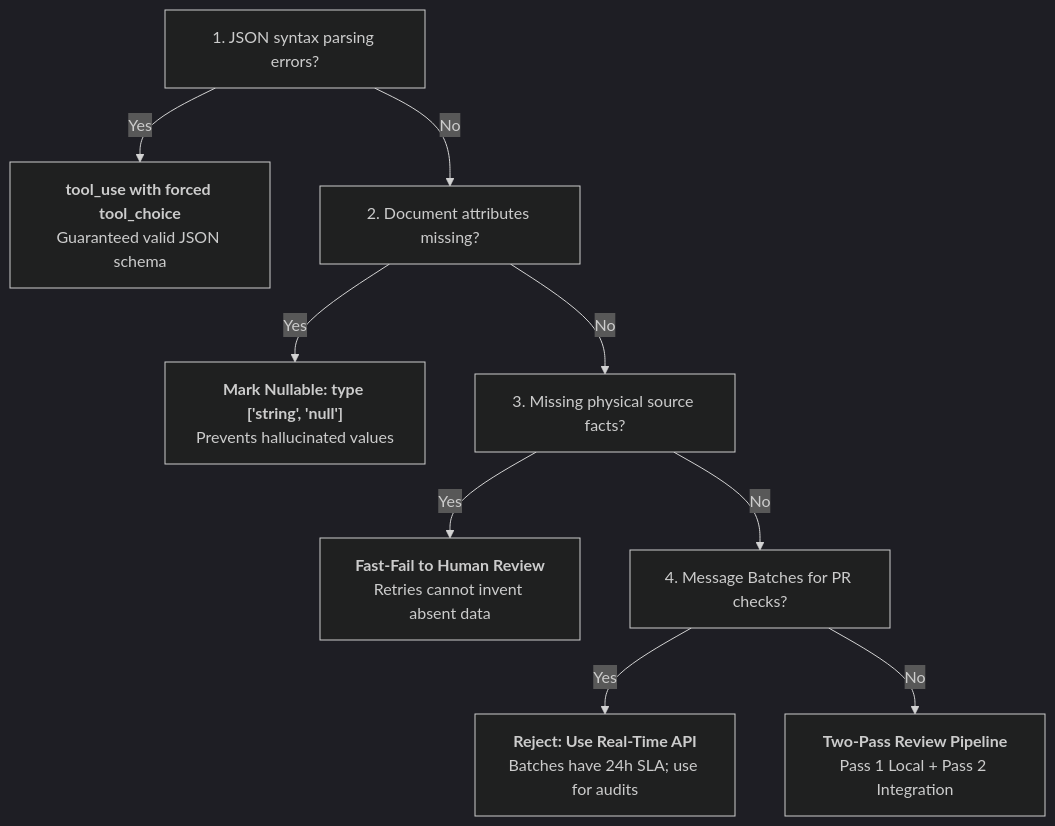
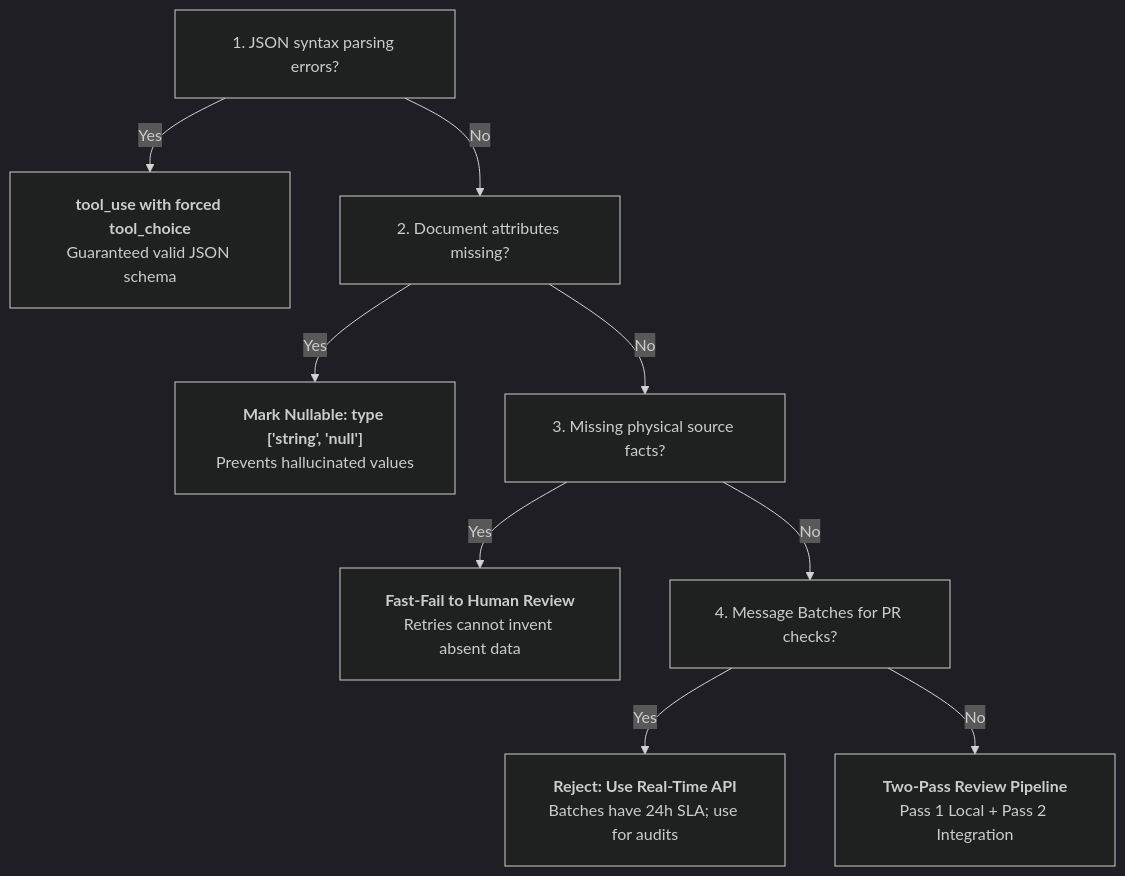
Before and after one commit to dip4k/claude_cert_architect_foundation_prep: the diagram in domain4/README.md, drawn with Mermaid (dark theme). The commit also changed 31 other files, not shown here.

First line of the commit message:
docs(diagrams): fix text trimming, padding, and layout in all mermaid diagrams

````diff
--- a/domain4/README.md
+++ b/domain4/README.md
@@ -119,11 +119,12 @@
 ```mermaid
+%%{init: {"flowchart": {"htmlLabels": true, "padding": 20}}}%%
 flowchart TD
     Q1["1. JSON syntax parsing errors?"] -->|Yes| A1["<b>tool_use with forced tool_choice</b><br/>Guaranteed valid JSON schema"]
     Q1 -->|No| Q2["2. Document attributes missing?"]
     Q2 -->|Yes| A2["<b>Mark Nullable: type ['string', 'null']</b><br/>Prevents hallucinated values"]
     Q2 -->|No| Q3["3. Missing physical source facts?"]
     Q3 -->|Yes| A3["<b>Fast-Fail to Human Review</b><br/>Retries cannot invent absent data"]
     Q3 -->|No| Q4["4. Message Batches for PR checks?"]
     Q4 -->|Yes| A4["<b>Reject: Use Real-Time API</b><br/>Batches have 24h SLA; use for audits"]
     Q4 -->|No| A5["<b>Two-Pass Review Pipeline</b><br/>Pass 1 Local + Pass 2 Integration"]
 ```
````
